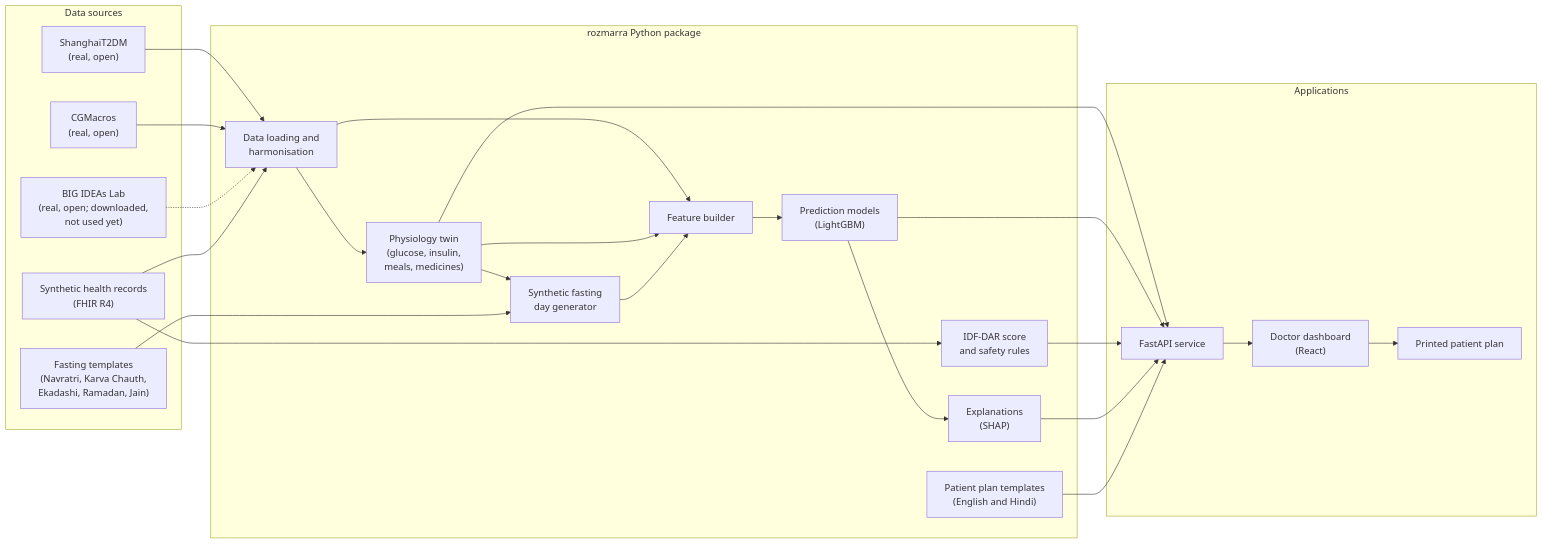
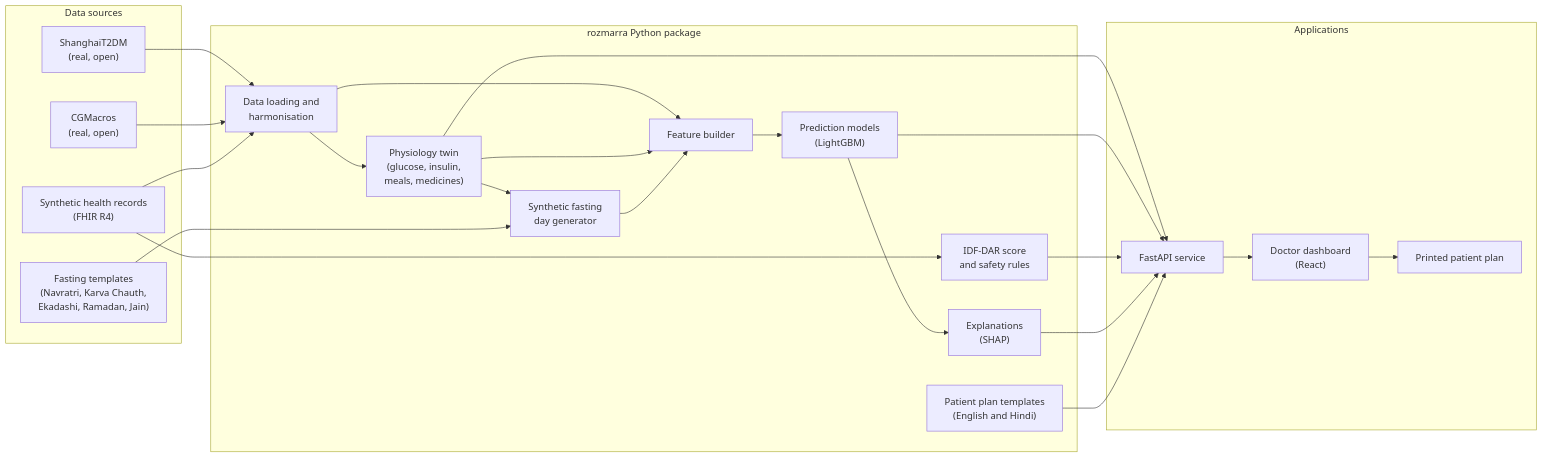
One commit to lucifer-135/Rozmarra changed the diagram in README.md. Above: the diagram before and after it, drawn with Mermaid. The commit also changed other lines of this file and 6 other files, not shown here.

Commit message:
Remove the unused data source from the diagram, the HTML sources and the placeholder files from docs

````diff
--- a/README.md
+++ b/README.md
@@ -91,45 +91,43 @@
 ```mermaid
 flowchart LR
   subgraph Sources["Data sources"]
     S1["ShanghaiT2DM<br/>(real, open)"]
     S2["CGMacros<br/>(real, open)"]
-    S3["BIG IDEAs Lab<br/>(real, open; downloaded,<br/>not used yet)"]
     S4["Synthetic health records<br/>(FHIR R4)"]
     S5["Fasting templates<br/>(Navratri, Karva Chauth,<br/>Ekadashi, Ramadan, Jain)"]
   end
   subgraph Core["rozmarra Python package"]
     A["Data loading and<br/>harmonisation"]
     B["Physiology twin<br/>(glucose, insulin,<br/>meals, medicines)"]
     C["Synthetic fasting<br/>day generator"]
     D["Feature builder"]
     E["Prediction models<br/>(LightGBM)"]
     F["IDF-DAR score<br/>and safety rules"]
     G["Explanations<br/>(SHAP)"]
     H["Patient plan templates<br/>(English and Hindi)"]
   end
   subgraph Apps["Applications"]
     API["FastAPI service"]
     UI["Doctor dashboard<br/>(React)"]
     P["Printed patient plan"]
   end
   S1 --> A
   S2 --> A
-  S3 -.-> A
   S4 --> A
   A --> B
   B --> C
   S5 --> C
   A --> D
   B --> D
   C --> D
   D --> E
   E --> G
   S4 --> F
   B --> API
   E --> API
   F --> API
   G --> API
   H --> API
   API --> UI
   UI --> P
 ```
````
